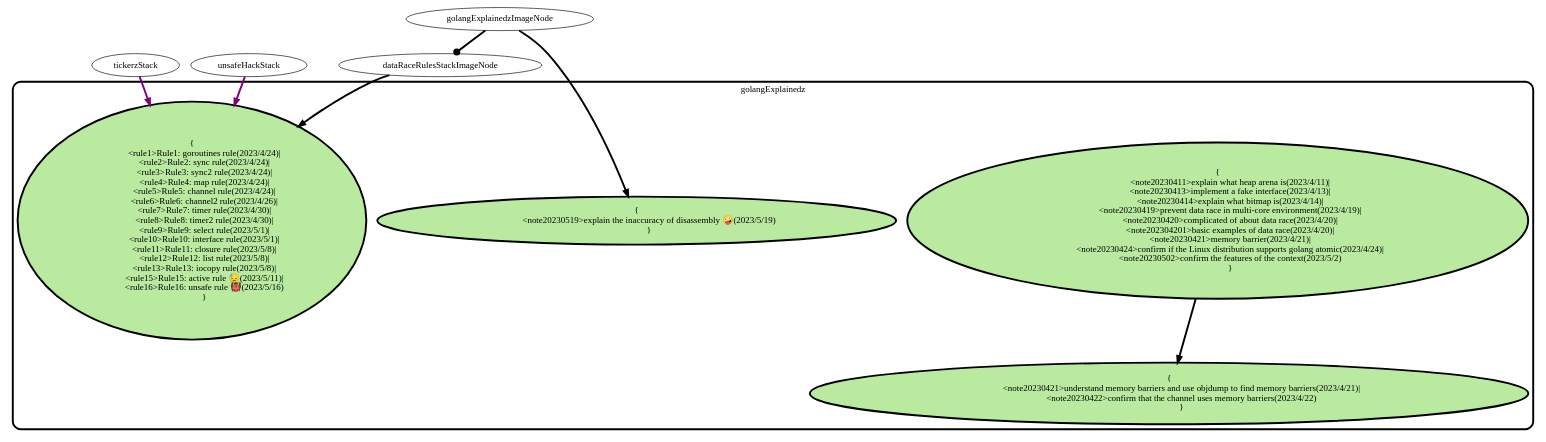
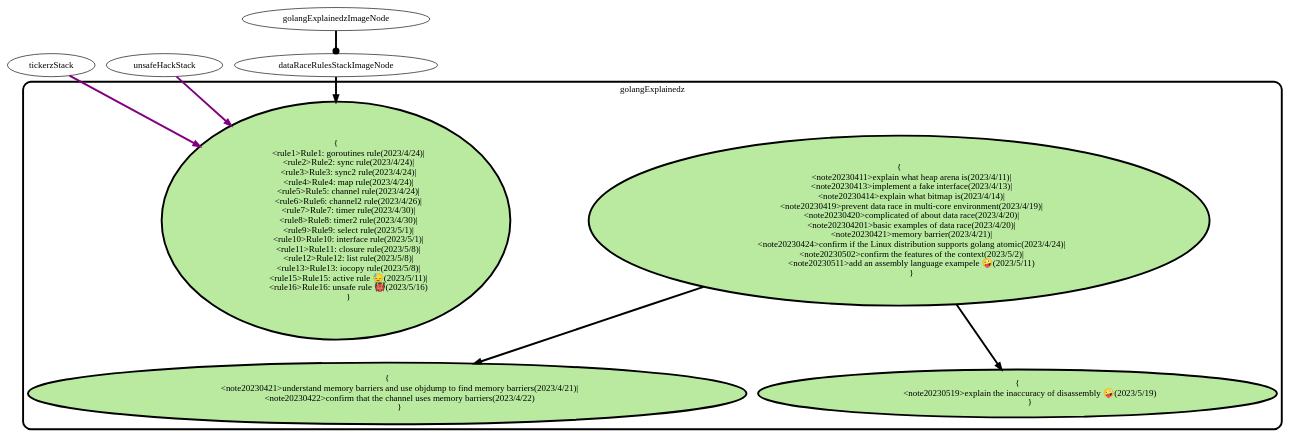
One commit to panhongrainbow/panhongrainbow.github.io changed the diagram in roadmap/subRoadmaps/07golangNode.dot. Above: the diagram before and after it, drawn with Graphviz. The commit also changed 2 other files, not shown here.

Commit message:
[roadmap] corrects line length 😵.
Postscript:
In dot language, you cannot determine the length of a line, you can only use weight to control it ✌️.

```diff
--- a/roadmap/subRoadmaps/07golangNode.dot
+++ b/roadmap/subRoadmaps/07golangNode.dot
@@ -1,53 +1,54 @@
 digraph SubRoadmap {
     // (7) golang node
     subgraph cluster_golang_explain {
         style=rounded;
         penwidth=3;
         label="golangExplainedz";
         node [style=filled, penwidth=3, fillcolor="#B9EAA0"];
         golangExplainStack [label="{
             <note20230411>explain what heap arena is(2023/4/11)|
             <note20230413>implement a fake interface(2023/4/13)|
             <note20230414>explain what bitmap is(2023/4/14)|
             <note20230419>prevent data race in multi-core environment(2023/4/19)|
             <note20230420>complicated of about data race(2023/4/20)|
             <note202304201>basic examples of data race(2023/4/20)|
             <note20230421>memory barrier(2023/4/21)|
             <note20230424>confirm if the Linux distribution supports golang atomic(2023/4/24)|
-            <note20230502>confirm the features of the context(2023/5/2)
+            <note20230502>confirm the features of the context(2023/5/2)|
+            <note20230511>add an assembly language exampele 🤪(2023/5/11)
             }", height=1];
         memoryBarrieStack [label="{
             <note20230421>understand memory barriers and use objdump to find memory barriers(2023/4/21)|
             <note20230422>confirm that the channel uses memory barriers(2023/4/22)
             }", height=1];
         dataRaceRulesStack [label="{
             <rule1>Rule1: goroutines rule(2023/4/24)|
             <rule2>Rule2: sync rule(2023/4/24)|
             <rule3>Rule3: sync2 rule(2023/4/24)|
             <rule4>Rule4: map rule(2023/4/24)|
             <rule5>Rule5: channel rule(2023/4/24)|
             <rule6>Rule6: channel2 rule(2023/4/26)|
             <rule7>Rule7: timer rule(2023/4/30)|
             <rule8>Rule8: timer2 rule(2023/4/30)|
             <rule9>Rule9: select rule(2023/5/1)|
             <rule10>Rule10: interface rule(2023/5/1)|
             <rule11>Rule11: closure rule(2023/5/8)|
             <rule12>Rule12: list rule(2023/5/8)|
             <rule13>Rule13: iocopy rule(2023/5/8)|
             <rule15>Rule15: active rule 😓(2023/5/11)|
             <rule16>Rule16: unsafe rule 👹(2023/5/16)
             }", height=1];
         assemblyStack [label="{
             <note20230519>explain the inaccuracy of disassembly 🤪(2023/5/19)
             }", height=1];
     }
     // feedback
     tickerzStack:note20230511 -> dataRaceRulesStack:rule15 [penwidth=3,color=purple];
     unsafeHackStack:note20230516 -> dataRaceRulesStack:rule16 [penwidth=3,color=purple];
 
     // inner node
-    golangExplainedzImageNode -> dataRaceRulesStackImageNode  [penwidth=3,arrowhead=dot];
-    golangExplainedzImageNode -> assemblyStack [penwidth=3];
-    dataRaceRulesStackImageNode -> dataRaceRulesStack [penwidth=3];
+    golangExplainedzImageNode -> dataRaceRulesStackImageNode  [penwidth=3,arrowhead=dot,weight=200];
+    golangExplainStack:note20230511 -> assemblyStack:note20230519 [penwidth=3];
+    dataRaceRulesStackImageNode -> dataRaceRulesStack [penwidth=3,weight=200];
     golangExplainStack:note20230421 -> memoryBarrieStack [penwidth=3];
 /*end*/}
```
